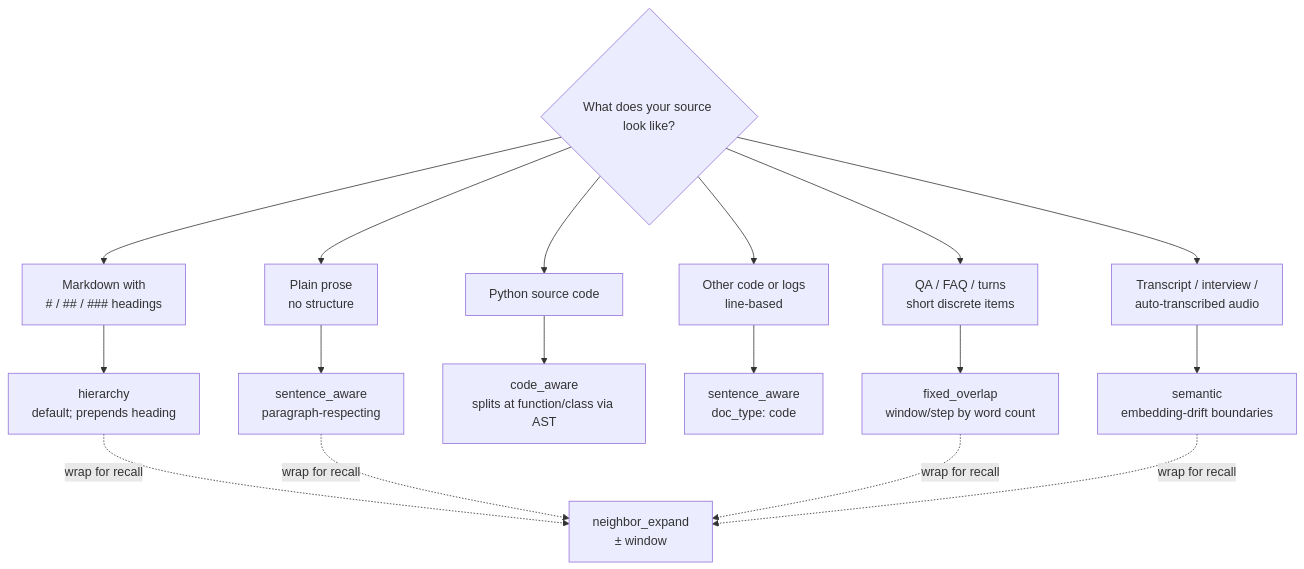
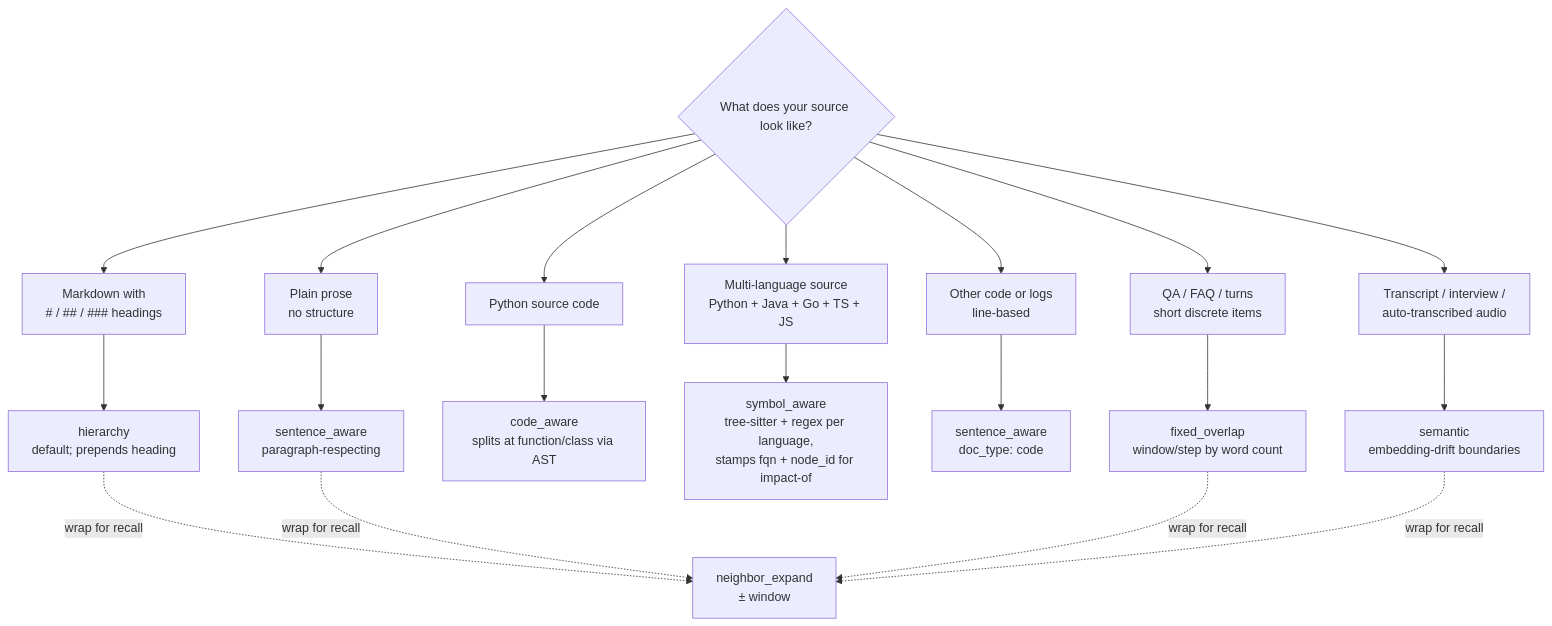
One commit to yonk-labs/chunkshop changed the diagram in docs/chunkers.md. Above: the diagram before and after it, drawn with Mermaid. The commit also changed other lines of this file and 6 other files, not shown here.

````diff
--- a/docs/chunkers.md
+++ b/docs/chunkers.md
@@ -62,20 +63,22 @@
 ```mermaid
 flowchart TB
     Q{What does your source look like?}
     Q --> HAS_HEADINGS[Markdown with<br/># / ## / ### headings]
     Q --> PROSE[Plain prose<br/>no structure]
     Q --> CODE_PY[Python source code]
+    Q --> CODE_MULTI[Multi-language source<br/>Python + Java + Go + TS + JS]
     Q --> CODE[Other code or logs<br/>line-based]
     Q --> QA[QA / FAQ / turns<br/>short discrete items]
     Q --> UNSTRUCTURED[Transcript / interview /<br/>auto-transcribed audio]
     HAS_HEADINGS --> H[hierarchy<br/>default; prepends heading]
     PROSE --> SA[sentence_aware<br/>paragraph-respecting]
     CODE_PY --> CA[code_aware<br/>splits at function/class via AST]
+    CODE_MULTI --> SYA[symbol_aware<br/>tree-sitter + regex per language,<br/>stamps fqn + node_id for impact-of]
     CODE --> SA_CODE[sentence_aware<br/>doc_type: code]
     QA --> FO[fixed_overlap<br/>window/step by word count]
     UNSTRUCTURED --> SEM[semantic<br/>embedding-drift boundaries]
     H -.wrap for recall.-> NE[neighbor_expand<br/>± window]
     SA -.wrap for recall.-> NE
     FO -.wrap for recall.-> NE
     SEM -.wrap for recall.-> NE
 ```
````
